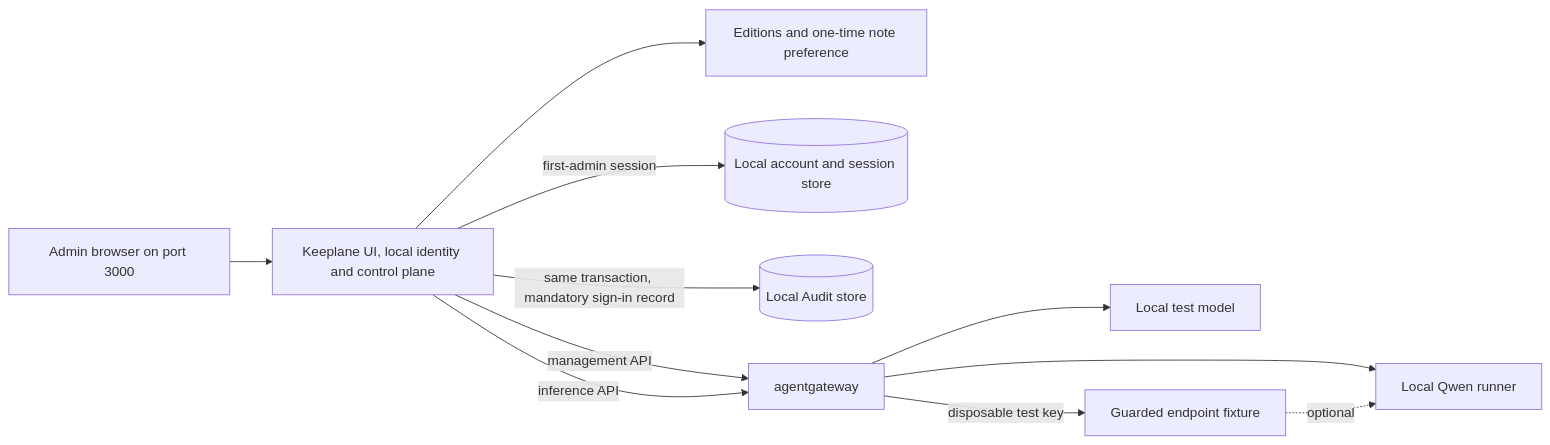
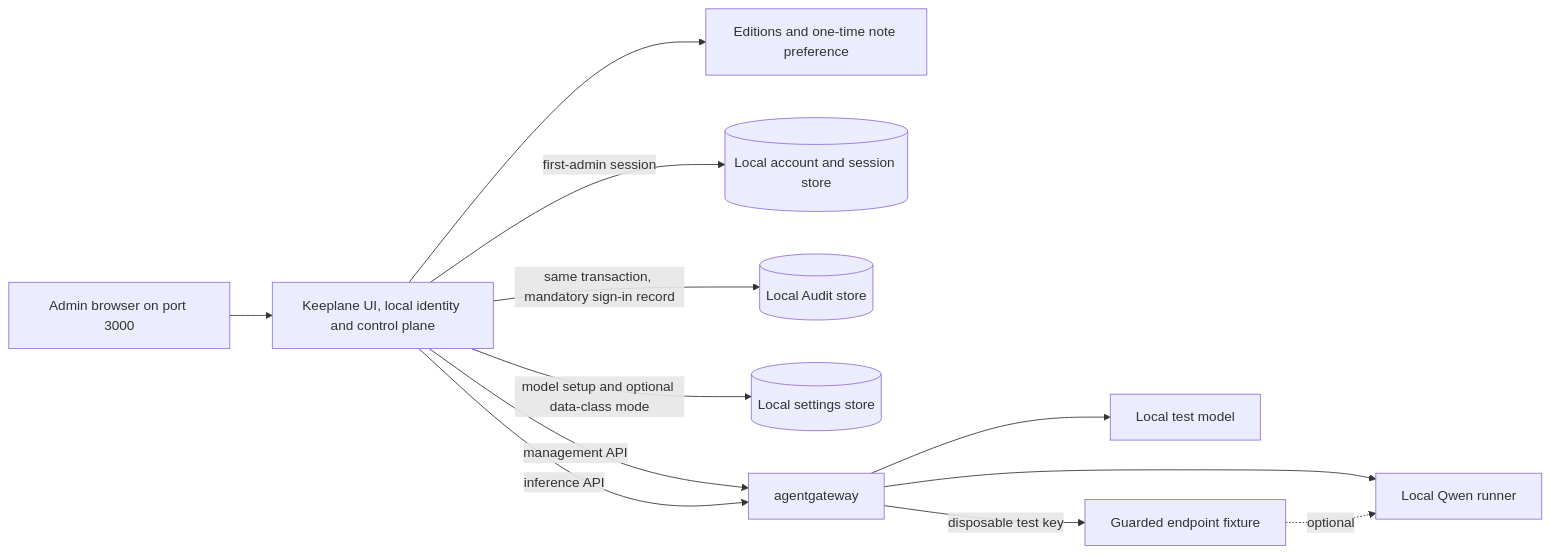
One commit to OsamaFelFel/keeplane changed the diagram in docs/architecture/local-preview.md. Above: the diagram before and after it, drawn with Mermaid. The commit also changed other lines of this file and 35 other files, not shown here.

First line of the commit message:
feat: make data classes optional in local preview

````diff
--- a/docs/architecture/local-preview.md
+++ b/docs/architecture/local-preview.md
@@ -7,13 +7,14 @@
 ```mermaid
 flowchart LR
   Browser[Admin browser on port 3000] --> App[Keeplane UI, local identity and control plane]
   App --> Editions[Editions and one-time note preference]
   App -->|first-admin session| Accounts[(Local account and session store)]
   App -->|same transaction, mandatory sign-in record| Audit[(Local Audit store)]
+  App -->|model setup and optional data-class mode| Settings[(Local settings store)]
   App -->|management API| Gateway[agentgateway]
   App -->|inference API| Gateway
   Gateway --> Fixture[Local test model]
   Gateway --> Qwen[Local Qwen runner]
   Gateway -->|disposable test key| Guarded[Guarded endpoint fixture]
   Guarded -. optional .-> Qwen
 ```
````
